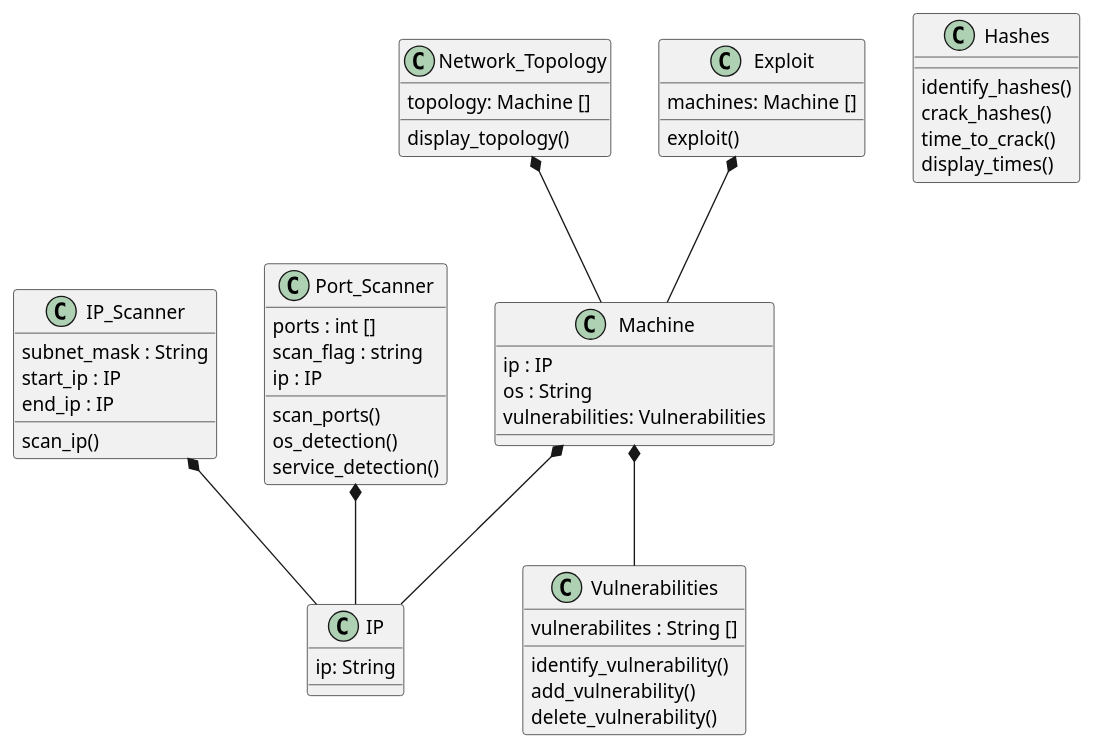
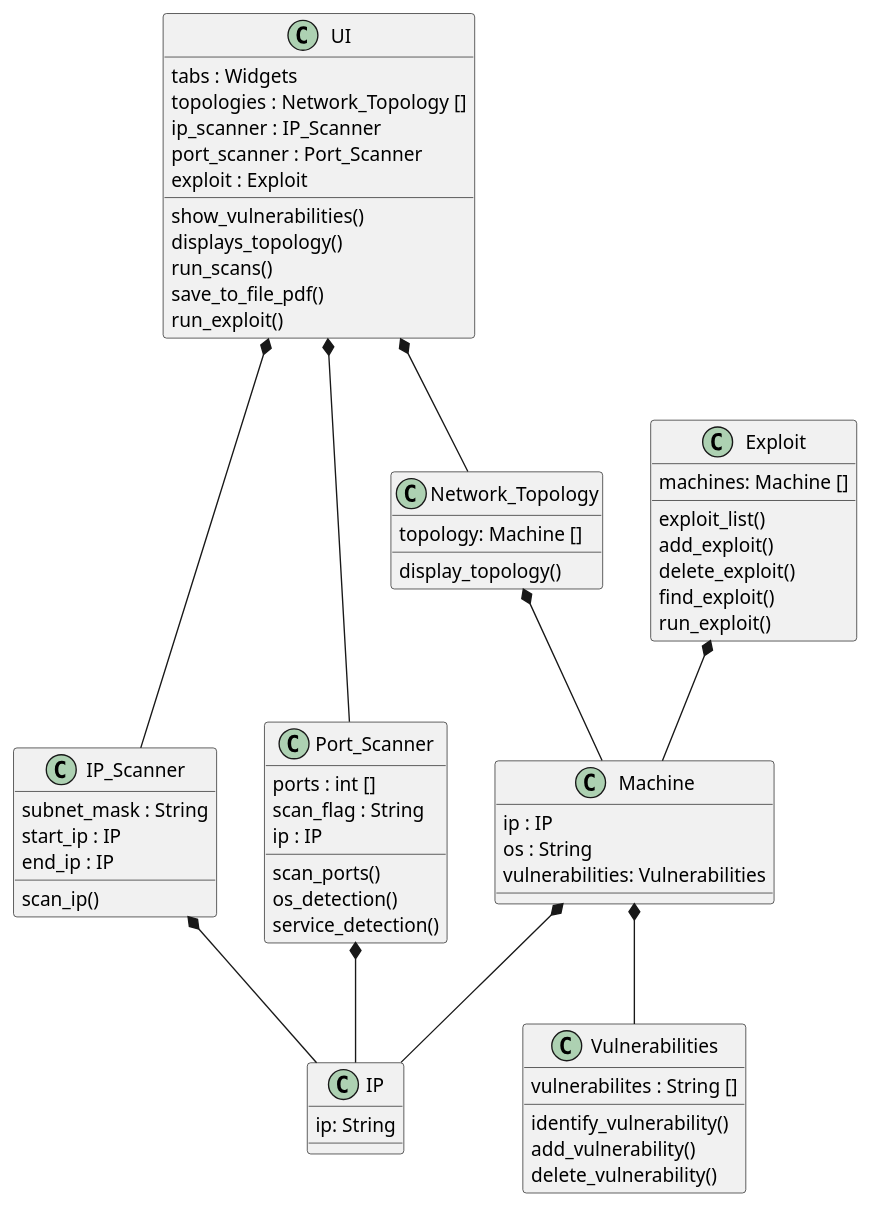
One commit to Sanmeet-EWU/github-teams-project-bid-uwultimate-stardust-crusaders changed the diagram in Lewis/class_diagram.puml. Above: the diagram before and after it, drawn with PlantUML. The commit also changed 1 other file, not shown here.

Commit message:
Adding uml updates

```diff
--- a/Lewis/class_diagram.puml
+++ b/Lewis/class_diagram.puml
@@ -1,60 +1,75 @@
 @startuml
 class IP_Scanner {
 subnet_mask : String
 start_ip : IP
 end_ip : IP
 scan_ip()
 }
 
 class Port_Scanner {
 ports : int []
-scan_flag : string
+scan_flag : String
 ip : IP
 scan_ports()
 os_detection()
 service_detection()
 }
 
 class IP {
 ip: String
 }
 
 class Network_Topology {
 topology: Machine []
 display_topology()
 }
 
 class Machine {
 ip : IP
 os : String
 vulnerabilities: Vulnerabilities
 }
 
 IP_Scanner *-- IP
 Port_Scanner *--IP
 Machine *-- IP
 Network_Topology *-- Machine
 Machine *-- Vulnerabilities
 Exploit *-- Machine
-class Hashes {
-identify_hashes()
-crack_hashes()
-time_to_crack()
-display_times()
-}
+UI *-- Network_Topology
+UI *-- IP_Scanner
+UI *-- Port_Scanner
 
 class Vulnerabilities {
 vulnerabilites : String []
 identify_vulnerability()
 add_vulnerability()
 delete_vulnerability()
 
 }
 
 class Exploit {
 machines: Machine []
-exploit()
+exploit_list()
+add_exploit()
+delete_exploit()
+find_exploit()
+run_exploit()
+
 }
 
 
+
+class UI {
+tabs : Widgets
+topologies : Network_Topology []
+ip_scanner : IP_Scanner
+port_scanner : Port_Scanner
+exploit : Exploit
+show_vulnerabilities()
+displays_topology()
+run_scans()
+save_to_file_pdf()
+run_exploit()
+}
 @enduml
```
